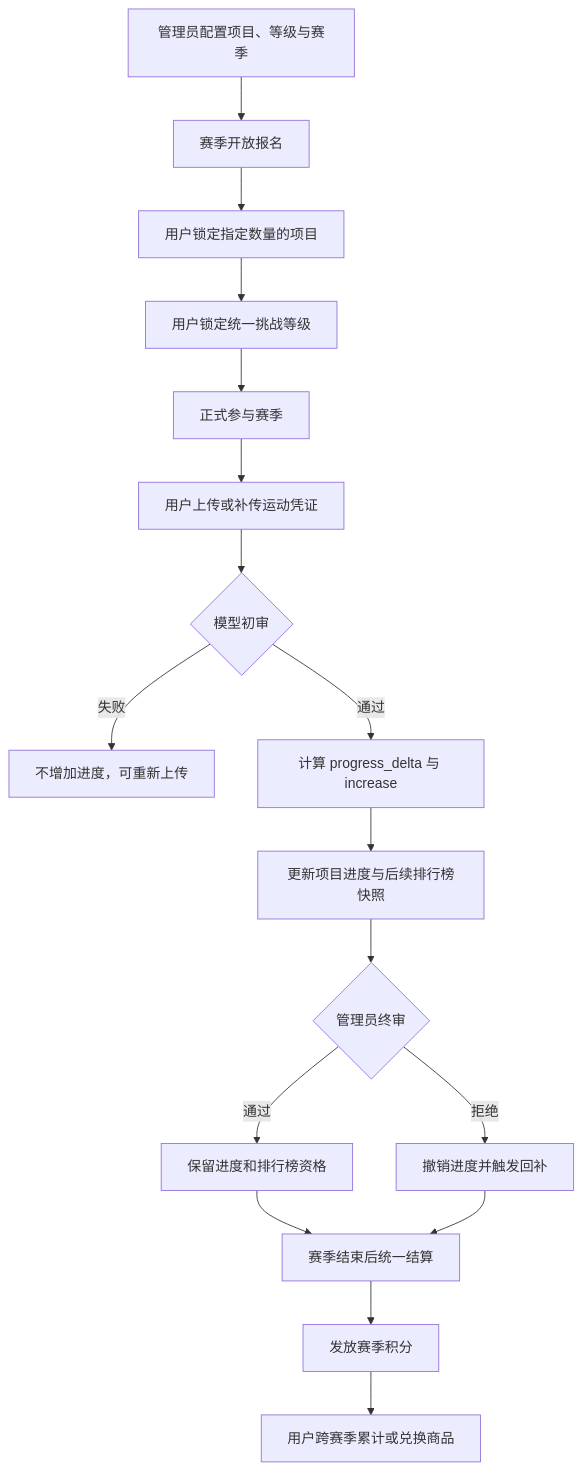
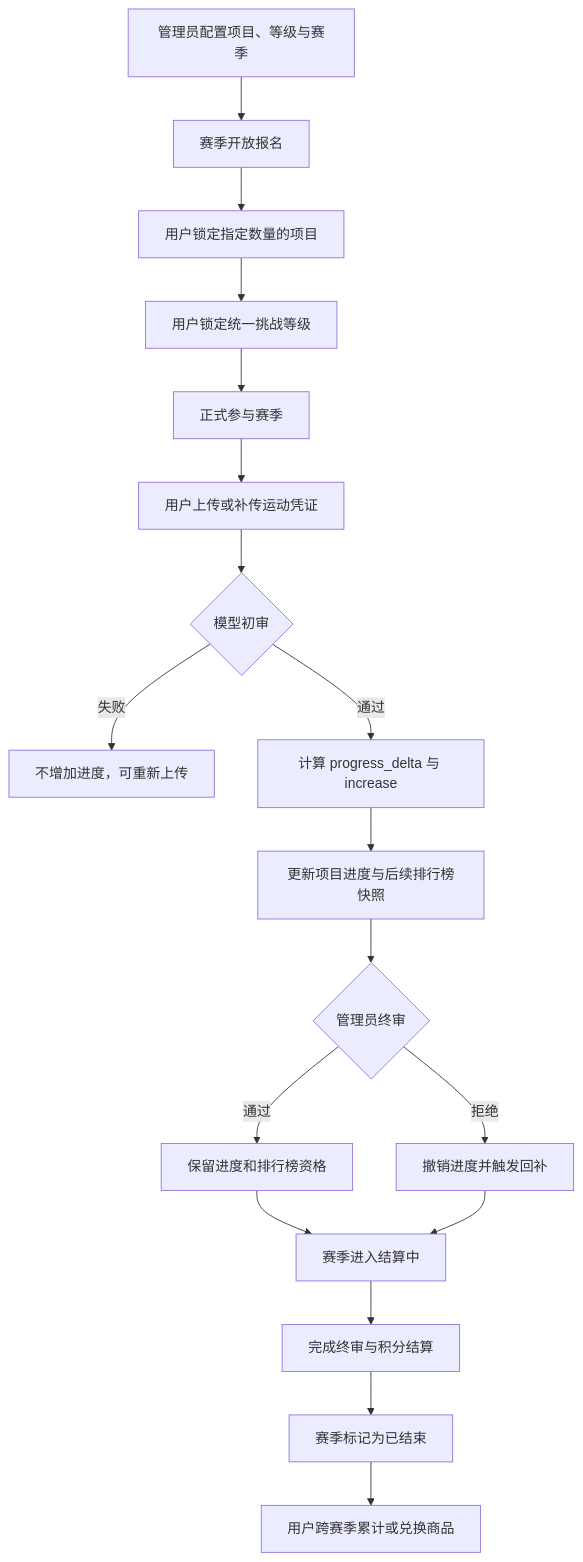
The first of 3 diagrams in description/project.md (caicai-6666/flame-sport-pheno-manage-be), drawn with Mermaid before and after one commit. The commit also changed other lines of this file and 122 other files, not shown here.

````diff
--- a/description/project.md
+++ b/description/project.md
@@ -75,19 +80,20 @@
 ```mermaid
 flowchart TD
     A[管理员配置项目、等级与赛季] --> B[赛季开放报名]
     B --> C[用户锁定指定数量的项目]
     C --> D[用户锁定统一挑战等级]
     D --> E[正式参与赛季]
     E --> F[用户上传或补传运动凭证]
     F --> G{模型初审}
     G -->|失败| H[不增加进度，可重新上传]
     G -->|通过| I[计算 progress_delta 与 increase]
     I --> J[更新项目进度与后续排行榜快照]
     J --> K{管理员终审}
     K -->|通过| L[保留进度和排行榜资格]
     K -->|拒绝| M[撤销进度并触发回补]
-    L --> N[赛季结束后统一结算]
+    L --> N[赛季进入结算中]
     M --> N
-    N --> O[发放赛季积分]
-    O --> P[用户跨赛季累计或兑换商品]
+    N --> O[完成终审与积分结算]
+    O --> P[赛季标记为已结束]
+    P --> Q[用户跨赛季累计或兑换商品]
 ```
````
